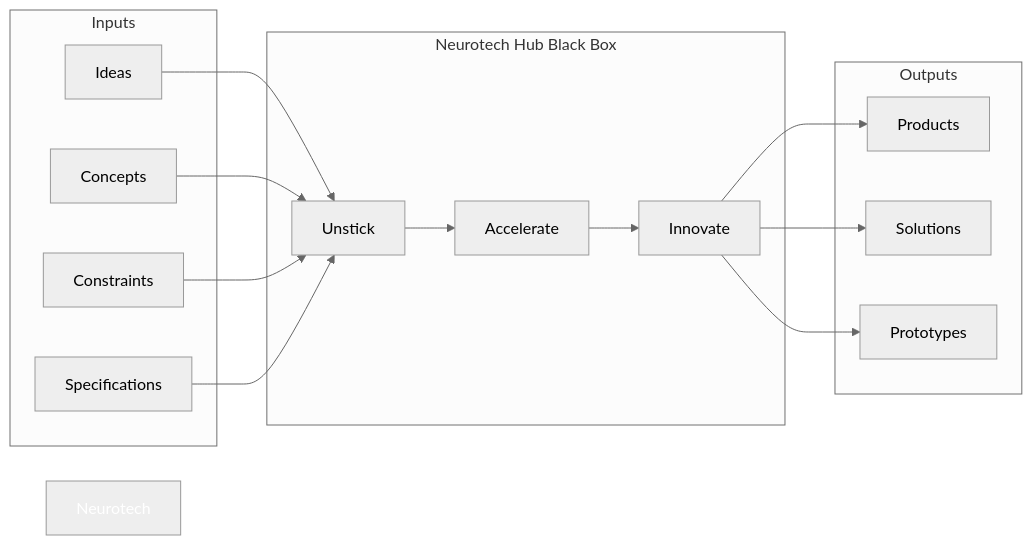
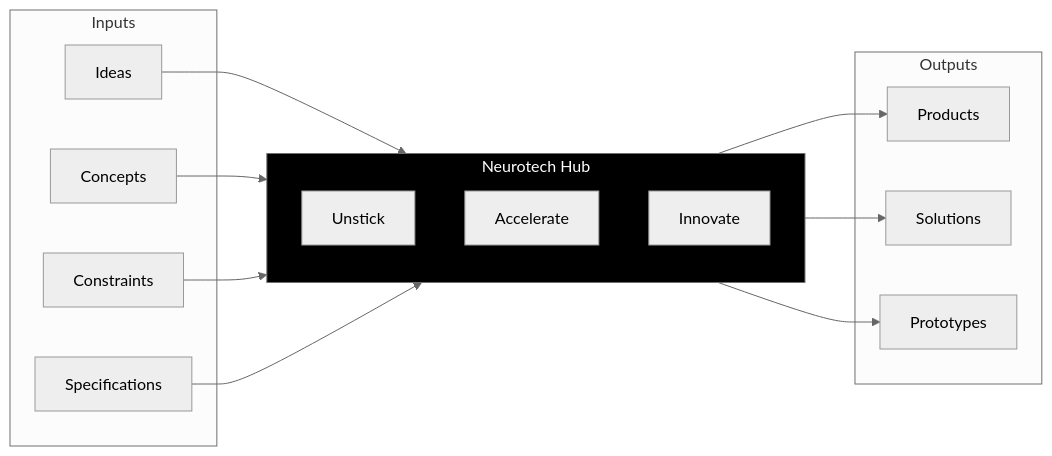
One commit to Neurotech-Hub/.github changed the diagram in profile/README.md. Above: the diagram before and after it, drawn with Mermaid (neutral theme). The commit also changed other lines of this file, not shown here.

````diff
--- a/profile/README.md
+++ b/profile/README.md
@@ -5,35 +5,33 @@
 ```mermaid
 flowchart LR
     subgraph Inputs
         A[Ideas]
         B[Concepts]
         C[Constraints]
         D[Specifications]
     end
     
-    subgraph "Neurotech Hub" [Neurotech Hub Black Box]
+    subgraph BlackBox[Neurotech Hub]
+        direction TB
         E[Unstick]
         F[Accelerate]
         G[Innovate]
     end
     
     subgraph Outputs
         H[Products]
         I[Solutions]
         J[Prototypes]
     end
     
-    A --> E
-    B --> E
-    C --> E
-    D --> E
+    A --> BlackBox
+    B --> BlackBox
+    C --> BlackBox
+    D --> BlackBox
     
-    E --> F
-    F --> G
-    
-    G --> H
-    G --> I
-    G --> J
+    BlackBox --> H
+    BlackBox --> I
+    BlackBox --> J
 
-    style Neurotech Hub fill:#000000,color:#ffffff
+    style BlackBox fill:#000000,color:#ffffff
 ```
````
